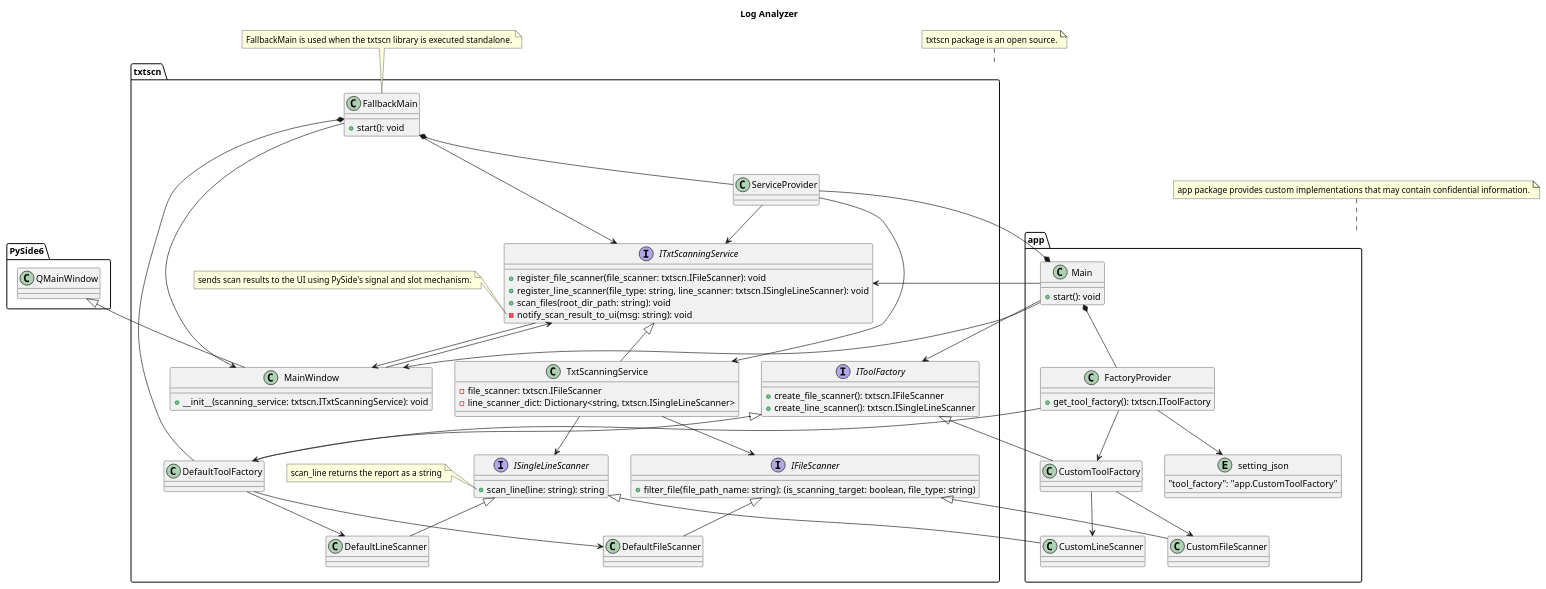
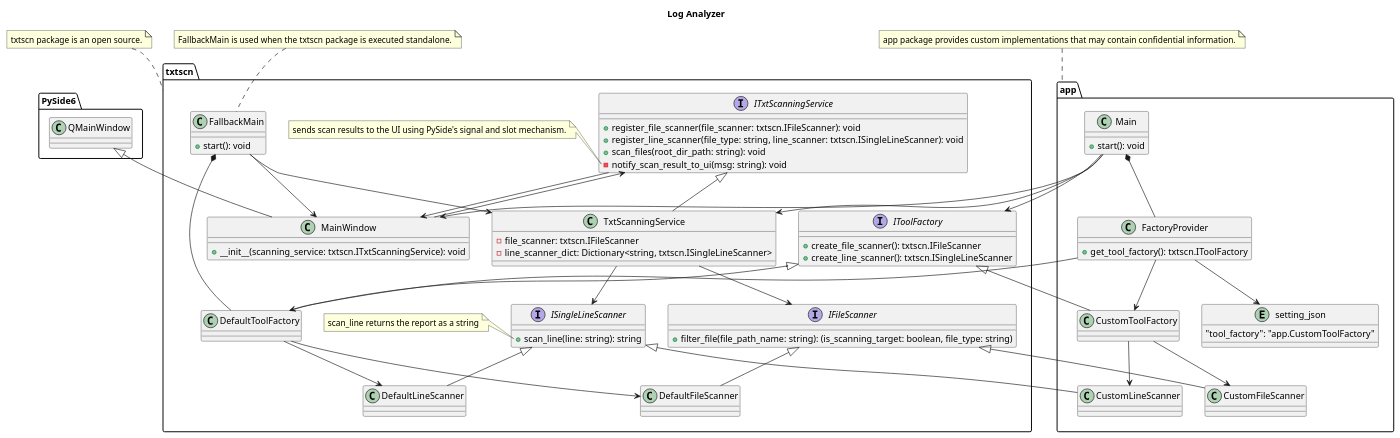
One commit to Takayoshi-Matsuyama/log_analyzer changed the diagram in doc/log_analyzer.puml. Above: the diagram before and after it, drawn with PlantUML.

Commit message:
Updated - class diagram

```diff
--- a/doc/log_analyzer.puml
+++ b/doc/log_analyzer.puml
@@ -1,145 +1,138 @@
 @startuml log_analyzer
 
 'Copyright 2026 Takayoshi Matsuyama
 '
 'Licensed under the Apache License, Version 2.0 (the "License");
 'you may not use this file except in compliance with the License.
 'You may obtain a copy of the License at
 '
 '    http://www.apache.org/licenses/LICENSE-2.0
 '
 'Unless required by applicable law or agreed to in writing, software
 'distributed under the License is distributed on an "AS IS" BASIS,
 'WITHOUT WARRANTIES OR CONDITIONS OF ANY KIND, either express or implied.
 'See the License for the specific language governing permissions and
 'limitations under the License.
 
 title Log Analyzer
 
 interface txtscn.IFileScanner
 {
     +filter_file(file_path_name: string): (is_scanning_target: boolean, file_type: string)
 }
 
 class txtscn.DefaultFileScanner {}
 class app.CustomFileScanner {}
 
 txtscn.IFileScanner <|-- txtscn.DefaultFileScanner
 txtscn.IFileScanner <|-- app.CustomFileScanner
 
 interface txtscn.ISingleLineScanner
 {
     +scan_line(line: string): string
 }
 
 note left of txtscn.ISingleLineScanner::scan_line
     scan_line returns the report as a string
 end note
 
 class txtscn.DefaultLineScanner {}
 class app.CustomLineScanner {}
 
 txtscn.ISingleLineScanner <|-- txtscn.DefaultLineScanner
 txtscn.ISingleLineScanner <|-- app.CustomLineScanner
 
 interface txtscn.IToolFactory
 {
     +create_file_scanner(): txtscn.IFileScanner
     +create_line_scanner(): txtscn.ISingleLineScanner
 }
 
 class txtscn.DefaultToolFactory {}
 class app.CustomToolFactory {}
 
 txtscn.IToolFactory <|-- txtscn.DefaultToolFactory
 txtscn.IToolFactory <|-- app.CustomToolFactory
 
 txtscn.DefaultToolFactory --> txtscn.DefaultFileScanner
 txtscn.DefaultToolFactory --> txtscn.DefaultLineScanner
 
 app.CustomToolFactory --> app.CustomFileScanner
 app.CustomToolFactory --> app.CustomLineScanner
 
 interface txtscn.ITxtScanningService
 {
     +register_file_scanner(file_scanner: txtscn.IFileScanner): void
     +register_line_scanner(file_type: string, line_scanner: txtscn.ISingleLineScanner): void
     +scan_files(root_dir_path: string): void
     -notify_scan_result_to_ui(msg: string): void
 }
 
 note left of txtscn.ITxtScanningService::notify_scan_result_to_ui
     sends scan results to the UI using PySide's signal and slot mechanism.
 end note
 
 
 class txtscn.TxtScanningService
 {
     -file_scanner: txtscn.IFileScanner
     -line_scanner_dict: Dictionary<string, txtscn.ISingleLineScanner>
 }
 
 txtscn.ITxtScanningService <|-- txtscn.TxtScanningService
 txtscn.TxtScanningService --> txtscn.IFileScanner
 txtscn.TxtScanningService --> txtscn.ISingleLineScanner
 
 class PySide6.QMainWindow {}
 
 class txtscn.MainWindow
 {
     + __init__(scanning_service: txtscn.ITxtScanningService): void
 }
 
 PySide6.QMainWindow <|-- txtscn.MainWindow
 txtscn.ITxtScanningService --> txtscn.MainWindow
 
-class txtscn.ServiceProvider {}
-
-txtscn.ServiceProvider --> txtscn.ITxtScanningService
-txtscn.ServiceProvider --> txtscn.TxtScanningService
-
 entity app.setting_json
 {
     "tool_factory": "app.CustomToolFactory"
 }
 
 class app.FactoryProvider
  {
     +get_tool_factory(): txtscn.IToolFactory
 }
 
 app.FactoryProvider --> app.setting_json
 app.FactoryProvider --> txtscn.DefaultToolFactory
 app.FactoryProvider --> app.CustomToolFactory
 
 class txtscn.FallbackMain
 {
     + start(): void
 }
 
-txtscn.FallbackMain *-- txtscn.ServiceProvider
 txtscn.FallbackMain *-- txtscn.DefaultToolFactory
-txtscn.FallbackMain --> txtscn.ITxtScanningService
+txtscn.FallbackMain --> txtscn.TxtScanningService
 txtscn.FallbackMain --> txtscn.MainWindow
 
-note "FallbackMain is used when the txtscn library is executed standalone." as N1
+note "FallbackMain is used when the txtscn package is executed standalone." as N1
 N1 .. txtscn.FallbackMain
 
 class app.Main
 {
     + start(): void
 }
 
 app.Main *-- app.FactoryProvider
-app.Main *-- txtscn.ServiceProvider
 app.Main --> txtscn.IToolFactory
-app.Main --> txtscn.ITxtScanningService
+app.Main --> txtscn.TxtScanningService
 app.Main --> txtscn.MainWindow
 txtscn.MainWindow --> txtscn.ITxtScanningService
 
 note "txtscn package is an open source." as N2
 N2 .. txtscn
 note "app package provides custom implementations that may contain confidential information." as N3
 N3 .. app
 
 @enduml
```
